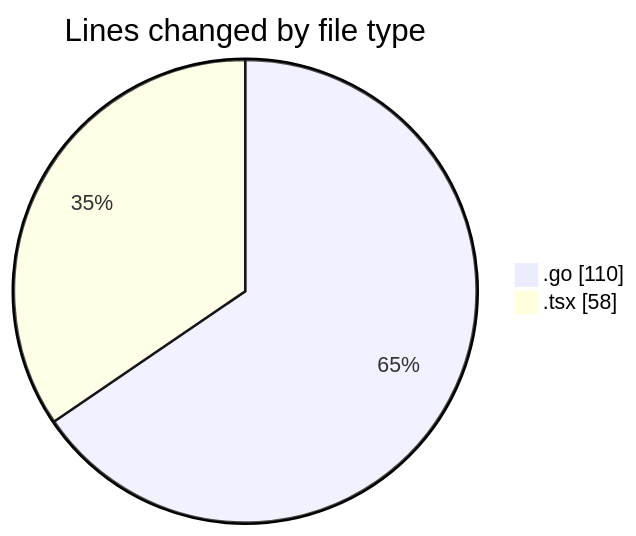
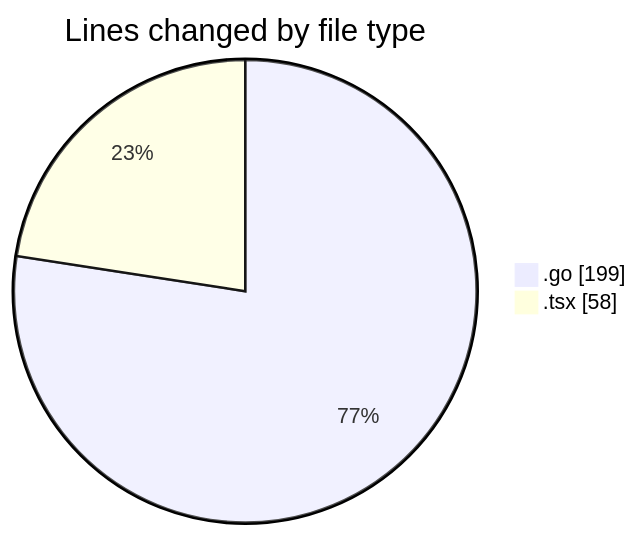
The first of 2 diagrams in 2025-03-11/termonied_testador/README.md (robertbonfada/code-tracking), drawn with Mermaid before and after one commit. The commit also changed other lines of this file and 1 other file, not shown here.

````diff
--- a/2025-03-11/termonied_testador/README.md
+++ b/2025-03-11/termonied_testador/README.md
@@ -21,6 +23,6 @@
 ```mermaid
 pie showData
 title Lines changed by file type
-".go" : 110
+".go" : 199
 ".tsx" : 58
 ```
````
